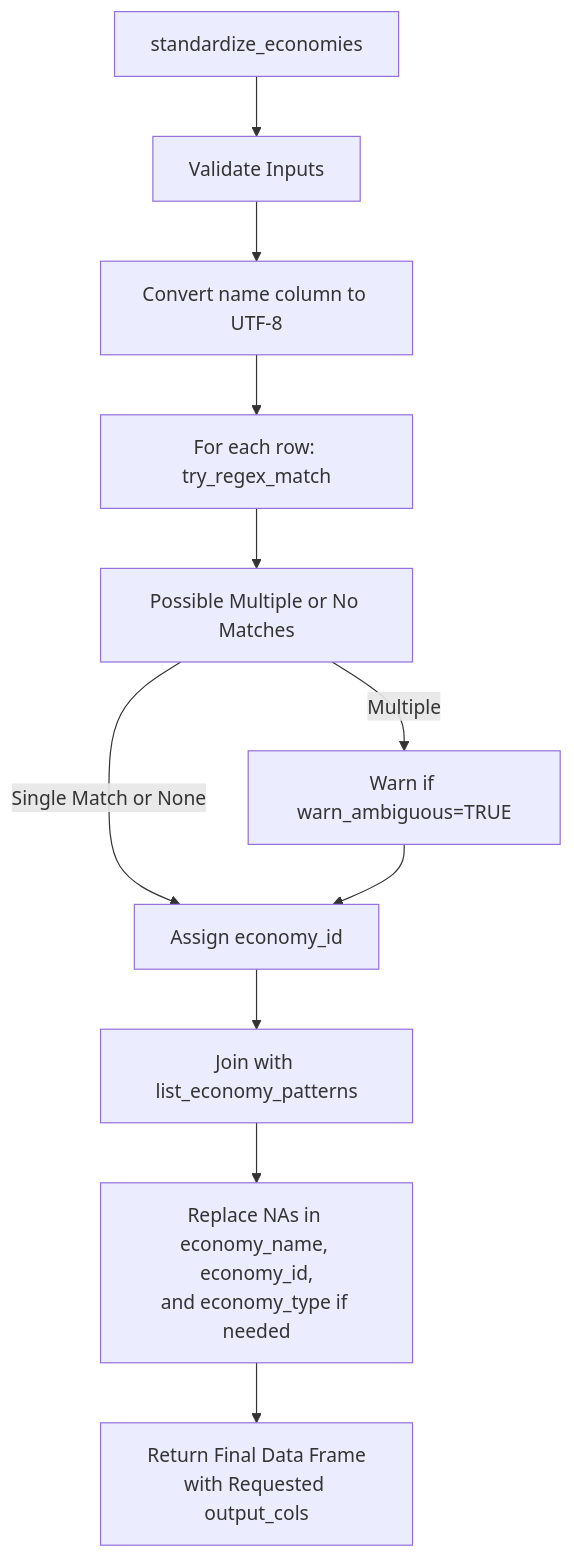
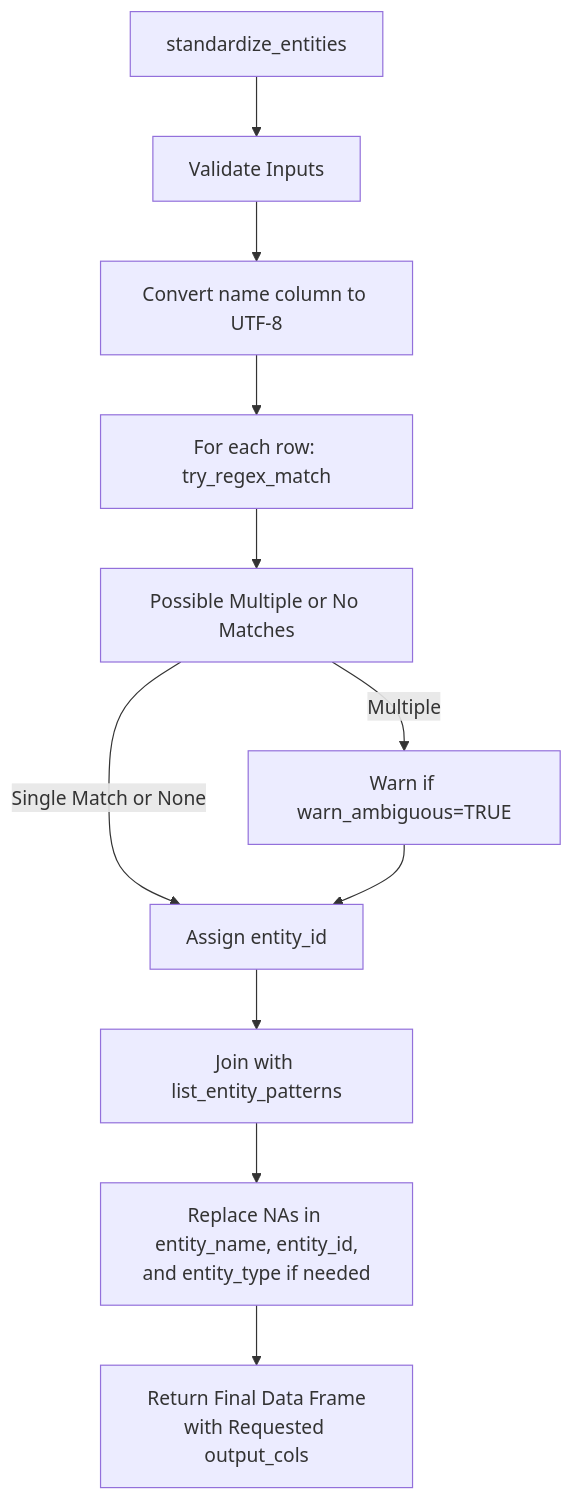
Before and after one commit to Teal-Insights/r-econid: the diagram in README.Rmd, drawn with Mermaid. The commit also changed other lines of this file and 33 other files, not shown here.

Commit message:
Change 'economy' to 'entity' across the whole package

````diff
--- a/README.Rmd
+++ b/README.Rmd
@@ -100,13 +100,13 @@
 ``` mermaid
 flowchart TD
-    A[standardize_economies] --> B[Validate Inputs]
+    A[standardize_entities] --> B[Validate Inputs]
     B --> C[Convert name column to UTF-8]
     C --> D[For each row: try_regex_match]
     D --> E[Possible Multiple or No Matches]
     E -->|Multiple| F[Warn if warn_ambiguous=TRUE]
-    E -->|Single Match or None| G[Assign economy_id]
+    E -->|Single Match or None| G[Assign entity_id]
     F --> G
-    G --> H[Join with list_economy_patterns]
-    H --> I[Replace NAs in economy_name, economy_id,<br/>and economy_type if needed]
+    G --> H[Join with list_entity_patterns]
+    H --> I[Replace NAs in entity_name, entity_id,<br/>and entity_type if needed]
     I --> J[Return Final Data Frame<br/>with Requested output_cols]
 ```
````
